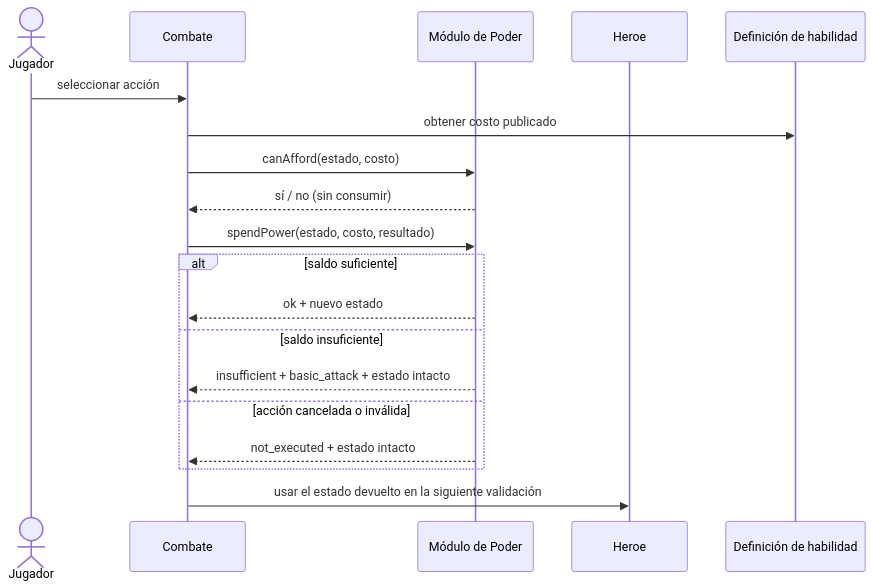
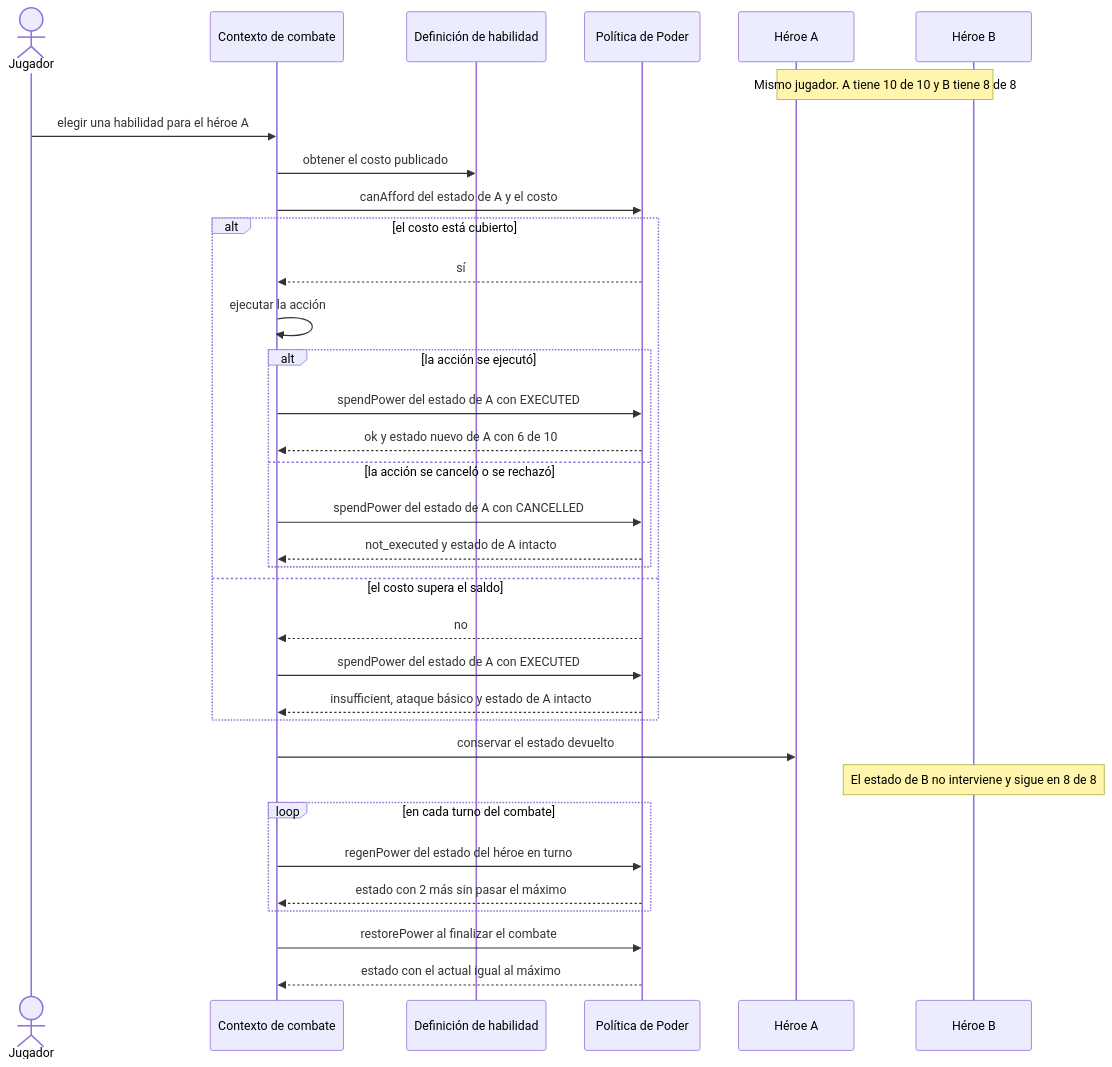
The second of 3 diagrams in docs/hu-11-power.md (Nexus-Battle-VI/Nexus-Battle-Player-Inventory), drawn with Mermaid before and after one commit. The commit also changed other lines of this file, not shown here.

First line of the commit message:
docs(player-inventory): [HU-11] completar la especificación de diseño del Poder

````diff
--- a/docs/hu-11-power.md
+++ b/docs/hu-11-power.md
@@ -133,22 +182,39 @@
 ```mermaid
 sequenceDiagram
   actor Jugador
-  participant Combate
-  participant Poder as Módulo de Poder
-  participant Heroe
+  participant Combate as Contexto de combate
   participant Catalog as Definición de habilidad
+  participant Poder as Política de Poder
+  participant HeroeA as Héroe A
+  participant HeroeB as Héroe B
 
-  Jugador->>Combate: seleccionar acción
-  Combate->>Catalog: obtener costo publicado
-  Combate->>Poder: canAfford(estado, costo)
-  Poder-->>Combate: sí / no (sin consumir)
-  Combate->>Poder: spendPower(estado, costo, resultado)
-  alt saldo suficiente
-    Poder-->>Combate: ok + nuevo estado
-  else saldo insuficiente
-    Poder-->>Combate: insufficient + basic_attack + estado intacto
-  else acción cancelada o inválida
-    Poder-->>Combate: not_executed + estado intacto
+  Note over HeroeA,HeroeB: Mismo jugador. A tiene 10 de 10 y B tiene 8 de 8
+  Jugador->>Combate: elegir una habilidad para el héroe A
+  Combate->>Catalog: obtener el costo publicado
+  Combate->>Poder: canAfford del estado de A y el costo
+  alt el costo está cubierto
+    Poder-->>Combate: sí
+    Combate->>Combate: ejecutar la acción
+    alt la acción se ejecutó
+      Combate->>Poder: spendPower del estado de A con EXECUTED
+      Poder-->>Combate: ok y estado nuevo de A con 6 de 10
+    else la acción se canceló o se rechazó
+      Combate->>Poder: spendPower del estado de A con CANCELLED
+      Poder-->>Combate: not_executed y estado de A intacto
+    end
+  else el costo supera el saldo
+    Poder-->>Combate: no
+    Combate->>Poder: spendPower del estado de A con EXECUTED
+    Poder-->>Combate: insufficient, ataque básico y estado de A intacto
   end
-  Combate->>Heroe: usar el estado devuelto en la siguiente validación
+  Combate->>HeroeA: conservar el estado devuelto
+  Note over HeroeB: El estado de B no interviene y sigue en 8 de 8
+
+  loop en cada turno del combate
+    Combate->>Poder: regenPower del estado del héroe en turno
+    Poder-->>Combate: estado con 2 más sin pasar el máximo
+  end
+
+  Combate->>Poder: restorePower al finalizar el combate
+  Poder-->>Combate: estado con el actual igual al máximo
 ```
````
